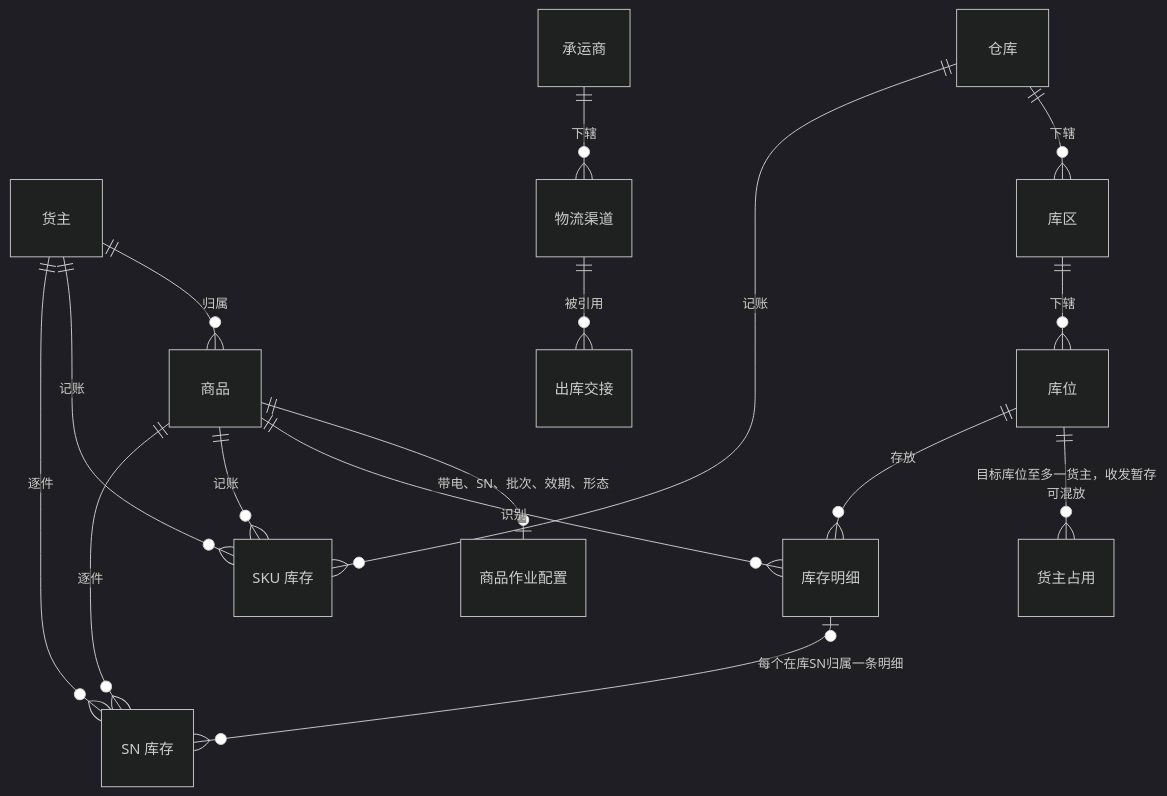
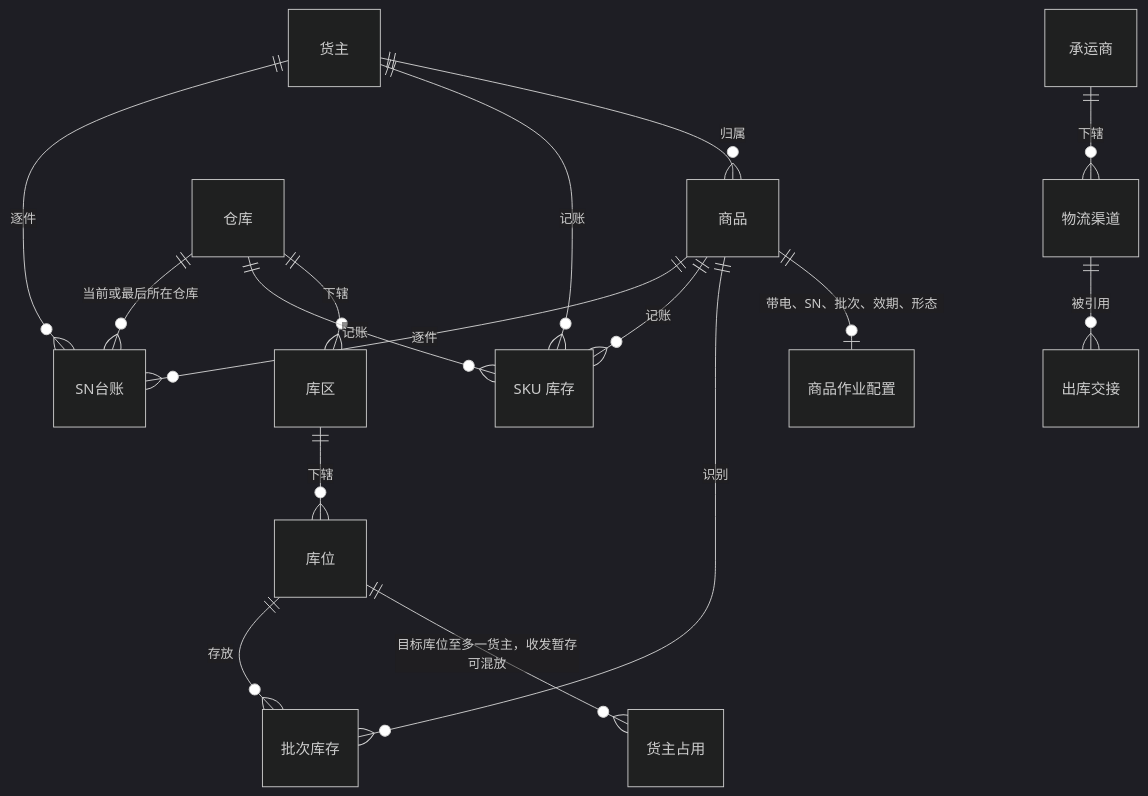
The first of 2 diagrams in 05-应用设计方案/20261002-MVP版本/系统架构设计/02-实体对象关系.md (TopVitamin/QS-WMS-Project), drawn with Mermaid (dark theme) before and after one commit. The commit also changed other lines of this file and 207 other files, not shown here.

````diff
--- a/05-应用设计方案/20261002-MVP版本/系统架构设计/02-实体对象关系.md
+++ b/05-应用设计方案/20261002-MVP版本/系统架构设计/02-实体对象关系.md
@@ -70,18 +70,18 @@
 ```mermaid
 erDiagram
     "货主" ||--o{ "商品" : "归属"
     "商品" ||--o| "商品作业配置" : "带电、SN、批次、效期、形态"
     "仓库" ||--o{ "库区" : "下辖"
     "库区" ||--o{ "库位" : "下辖"
     "库位" ||--o{ "货主占用" : "目标库位至多一货主，收发暂存可混放"
-    "库位" ||--o{ "库存明细" : "存放"
-    "商品" ||--o{ "库存明细" : "识别"
+    "库位" ||--o{ "批次库存" : "存放"
+    "商品" ||--o{ "批次库存" : "识别"
     "仓库" ||--o{ "SKU 库存" : "记账"
     "货主" ||--o{ "SKU 库存" : "记账"
     "商品" ||--o{ "SKU 库存" : "记账"
-    "货主" ||--o{ "SN 库存" : "逐件"
-    "商品" ||--o{ "SN 库存" : "逐件"
-    "库存明细" |o--o{ "SN 库存" : "每个在库SN归属一条明细"
+    "货主" ||--o{ "SN台账" : "逐件"
+    "商品" ||--o{ "SN台账" : "逐件"
+    "仓库" ||--o{ "SN台账" : "当前或最后所在仓库"
     "承运商" ||--o{ "物流渠道" : "下辖"
     "物流渠道" ||--o{ "出库交接" : "被引用"
 ```
````
